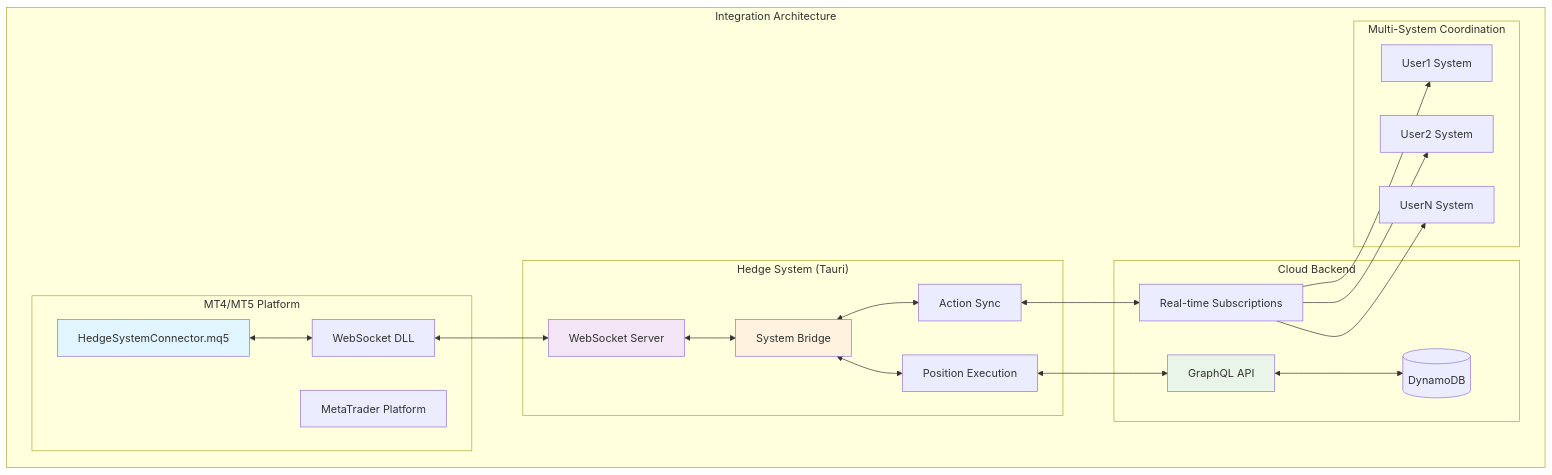
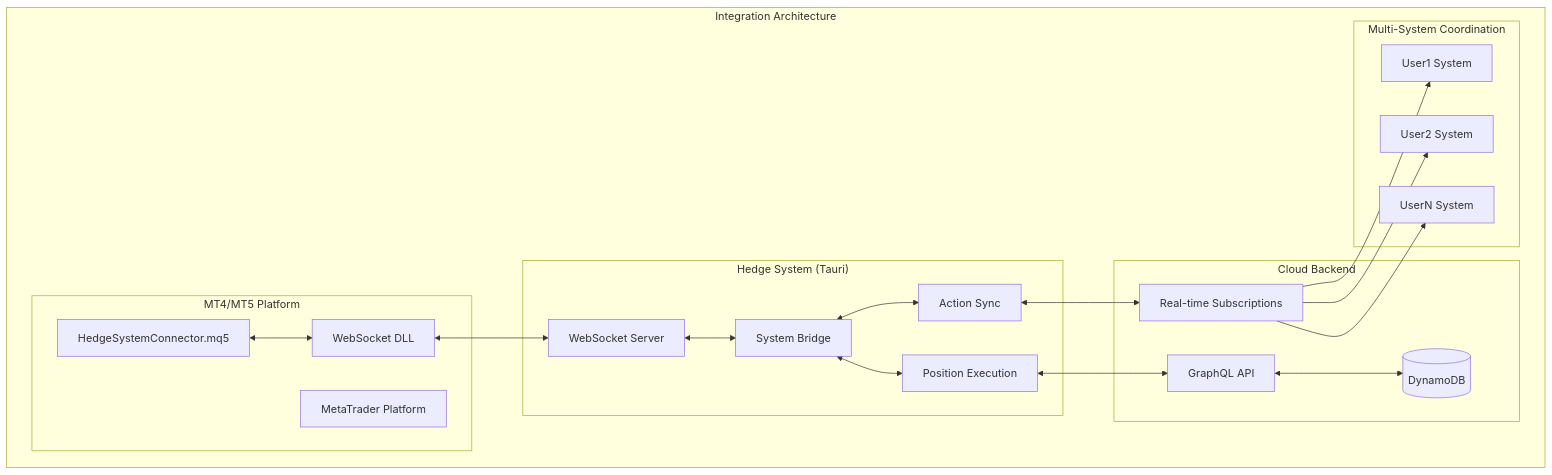
One commit to rnrnstar2/ArbitrageAssistant changed the second of 2 diagrams in docs/integration-department-architecture.md. Above: the diagram before and after it, drawn with Mermaid. The commit also changed other lines of this file and 33 other files, not shown here.

````diff
--- a/docs/integration-department-architecture.md
+++ b/docs/integration-department-architecture.md
@@ -82,47 +73,42 @@
 ```mermaid
 graph TB
     subgraph "Integration Architecture"
         subgraph "MT4/MT5 Platform"
             EA[HedgeSystemConnector.mq5]
             DLL[WebSocket DLL]
             MT5[MetaTrader Platform]
         end
         
         subgraph "Hedge System (Tauri)"
             WSServer[WebSocket Server]
             SystemBridge[System Bridge]
             PositionExec[Position Execution]
             ActionSync[Action Sync]
         end
         
         subgraph "Cloud Backend"
             GraphQL[GraphQL API]
             Subscriptions[Real-time Subscriptions]
             DynamoDB[(DynamoDB)]
         end
         
         subgraph "Multi-System Coordination"
             User1[User1 System]
             User2[User2 System]
             UserN[UserN System]
         end
     end
     
     EA <--> DLL
     DLL <--> WSServer
     WSServer <--> SystemBridge
     SystemBridge <--> PositionExec
     SystemBridge <--> ActionSync
     PositionExec <--> GraphQL
     ActionSync <--> Subscriptions
     GraphQL <--> DynamoDB
     
     Subscriptions --> User1
     Subscriptions --> User2
     Subscriptions --> UserN
-    
-    style EA fill:#e1f5fe
-    style WSServer fill:#f3e5f5
-    style SystemBridge fill:#fff3e0
-    style GraphQL fill:#e8f5e8
 ```
````
